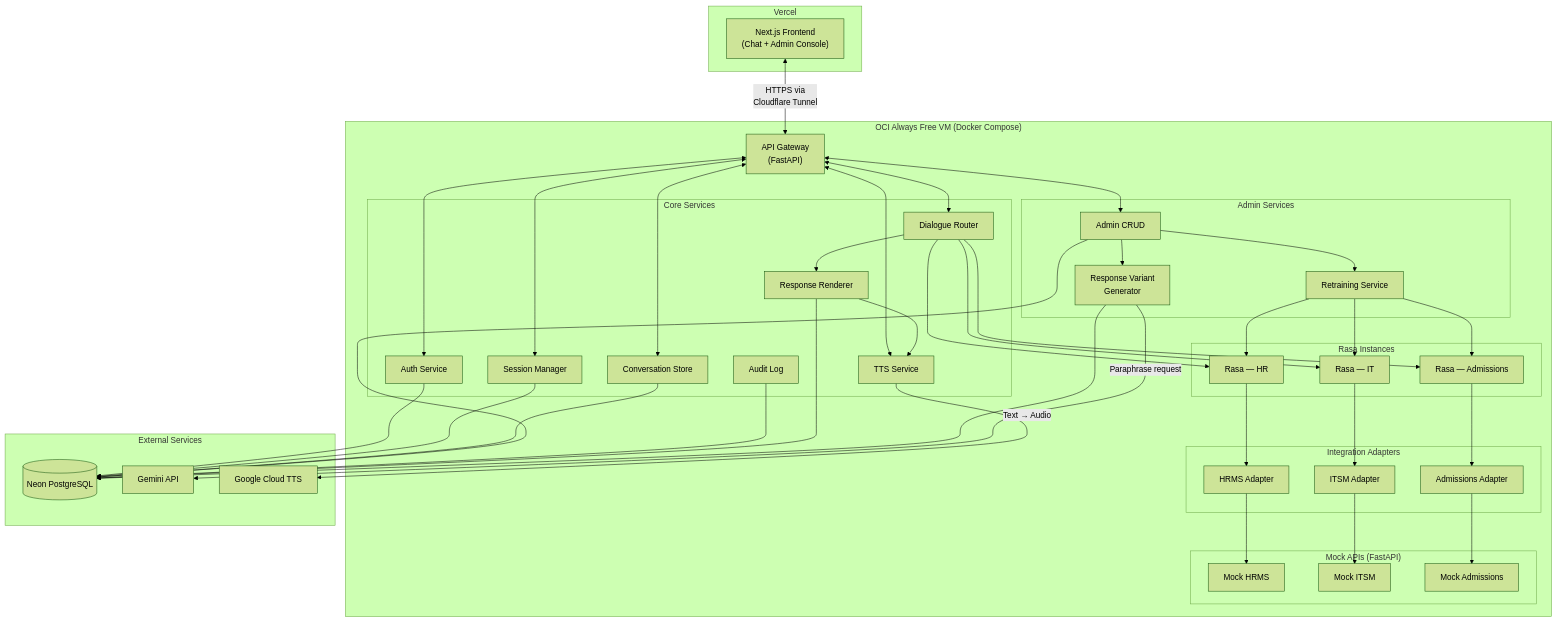
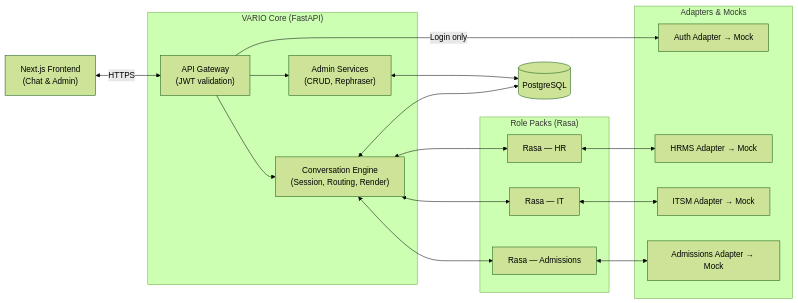
One commit to V-A-R-I-O/vario changed the first of 4 diagrams in docs/ADD.md. Above: the diagram before and after it, drawn with Mermaid (forest theme). The commit also changed other lines of this file and 8 other files, not shown here.

Commit message:
refactor: Auth module moved to external adapter

````diff
--- a/docs/ADD.md
+++ b/docs/ADD.md
@@ -22,86 +21,40 @@
 ```mermaid
-flowchart TB
-    subgraph Vercel
-        FE["Next.js Frontend<br/>(Chat + Admin Console)"]
+flowchart LR
+    Client["Next.js Frontend<br/>(Chat & Admin)"]
+    
+    subgraph Core["VARIO Core (FastAPI)"]
+        GW["API Gateway<br/>(JWT validation)"]
+        Engine["Conversation Engine<br/>(Session, Routing, Render)"]
+        Admin["Admin Services<br/>(CRUD, Rephraser)"]
     end
+    
+    subgraph Packs["Role Packs (Rasa)"]
+        HR["Rasa — HR"]
+        IT["Rasa — IT"]
+        ADM["Rasa — Admissions"]
+    end
+    
+    subgraph Integration["Adapters & Mocks"]
+        A_AUTH["Auth Adapter → Mock"]
+        A_HR["HRMS Adapter → Mock"]
+        A_IT["ITSM Adapter → Mock"]
+        A_ADM["Admissions Adapter → Mock"]
+    end
+    
+    DB[("PostgreSQL")]
 
-    subgraph OCI["OCI Always Free VM (Docker Compose)"]
-        GW["API Gateway<br/>(FastAPI)"]
-
-        subgraph core["Core Services"]
-            AUTH["Auth Service"]
-            SM["Session Manager"]
-            CS["Conversation Store"]
-            DR["Dialogue Router"]
-            RR["Response Renderer"]
-            TTS["TTS Service"]
-            AUDIT["Audit Log"]
-        end
-
-        subgraph rasa["Rasa Instances"]
-            R_HR["Rasa — HR"]
-            R_IT["Rasa — IT"]
-            R_ADM["Rasa — Admissions"]
-        end
-
-        subgraph adapters["Integration Adapters"]
-            A_HR["HRMS Adapter"]
-            A_IT["ITSM Adapter"]
-            A_ADM["Admissions Adapter"]
-        end
-
-        subgraph mocks["Mock APIs (FastAPI)"]
-            M_HR["Mock HRMS"]
-            M_IT["Mock ITSM"]
-            M_ADM["Mock Admissions"]
-        end
-
-        subgraph admin["Admin Services"]
-            CRUD["Admin CRUD"]
-            RVG["Response Variant<br/>Generator"]
-            RETRAIN["Retraining Service"]
-        end
-    end
-
-    subgraph ext["External Services"]
-        NEON[("Neon PostgreSQL")]
-        GEMINI["Gemini API"]
-        GCTTS["Google Cloud TTS"]
-    end
-
-    FE <-->|HTTPS via<br/>Cloudflare Tunnel| GW
-    GW <--> AUTH
-    GW <--> SM
-    GW <--> CS
-    GW <--> DR
-    GW <--> TTS
-    GW <--> CRUD
-
-    DR --> R_HR
-    DR --> R_IT
-    DR --> R_ADM
-
-    R_HR --> A_HR --> M_HR
-    R_IT --> A_IT --> M_IT
-    R_ADM --> A_ADM --> M_ADM
-
-    DR --> RR
-    RR --> TTS
-
-    CRUD --> RVG
-    CRUD --> RETRAIN
-    RETRAIN --> R_HR
-    RETRAIN --> R_IT
-    RETRAIN --> R_ADM
-
-    RVG -->|"Paraphrase request"| GEMINI
-    TTS -->|"Text → Audio"| GCTTS
-
-    AUTH --> NEON
-    SM --> NEON
-    CS --> NEON
-    CRUD --> NEON
-    AUDIT --> NEON
-    RR --> NEON
-    RVG --> NEON
+    Client <-->|HTTPS| GW
+    
+    GW --> Engine
+    GW --> Admin
+    GW -->|Login only| A_AUTH
+    
+    Engine <--> DB
+    Admin <--> DB
+    
+    Engine <--> HR & IT & ADM
+    
+    HR <--> A_HR
+    IT <--> A_IT
+    ADM <--> A_ADM
 ```
````
